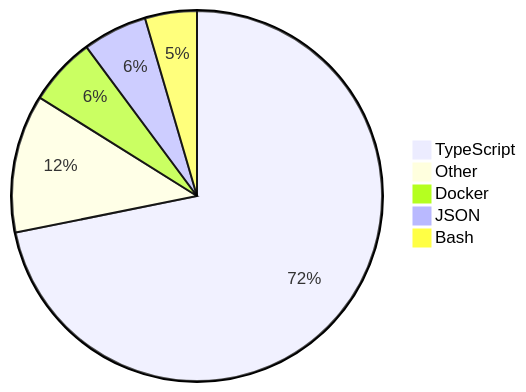
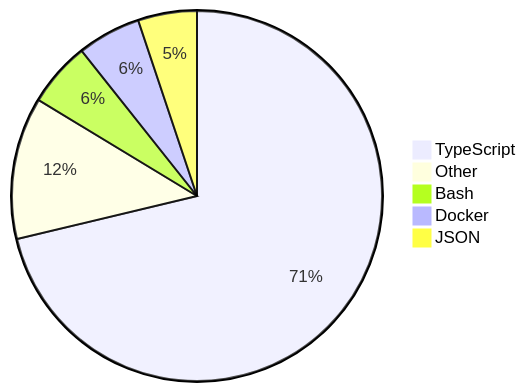
Before and after one commit to skvggor/skvggor: the diagram in README.md, drawn with Mermaid.

Commit message:
Updated waka-readme graph with new metrics

````diff
--- a/README.md
+++ b/README.md
@@ -16,8 +16,8 @@
 ```mermaid
 pie
-    "TypeScript" : 71.4
-    "Other" : 12.0
-    "Docker" : 5.9
-    "JSON" : 5.6
-    "Bash" : 4.5
+    "TypeScript" : 70.7
+    "Other" : 12.3
+    "Bash" : 5.6
+    "Docker" : 5.5
+    "JSON" : 5.1
 ```
````
